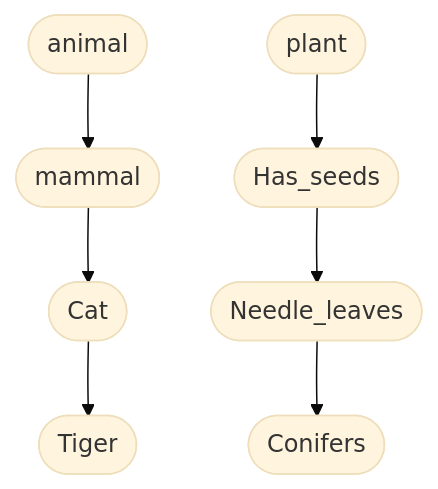
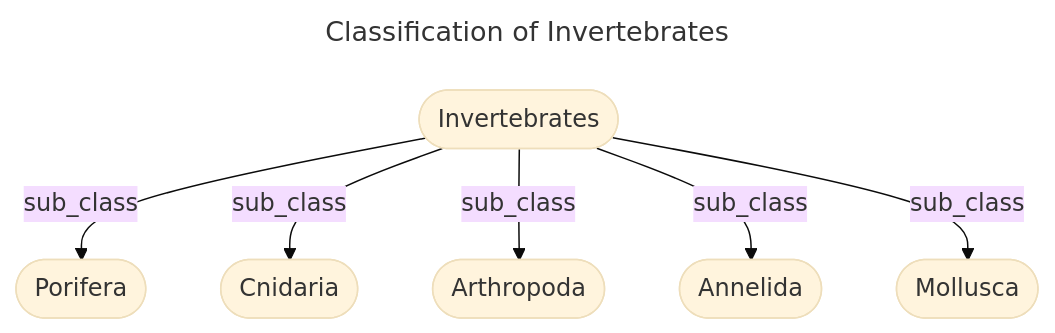
One commit to johnbeve/PHI-696 changed the second of 4 diagrams in Project-2/README.md. Above: the diagram before and after it, drawn with Mermaid (base theme). The commit also changed other lines of this file, not shown here.

````diff
--- a/Project-2/README.md
+++ b/Project-2/README.md
@@ -103,10 +114,11 @@
 ```mermaid
+---
+title: Classification of Invertebrates
+---
 graph TB
-  A([animal])-->B([mammal])
-  P([plant])-->Q([Has_seeds])
-  B-->C([Cat])
-  Q-->R([Needle_leaves])
-  C-->D([Tiger])
-  R-->S([Conifers])  
-  
+   A([Invertebrates])--sub_class-->B([Porifera])
+   A--sub_class-->C([Cnidaria])
+   A--sub_class-->D([Arthropoda])
+   A--sub_class-->E([Annelida])
+   A--sub_class-->F([Mollusca])
 ```
````
